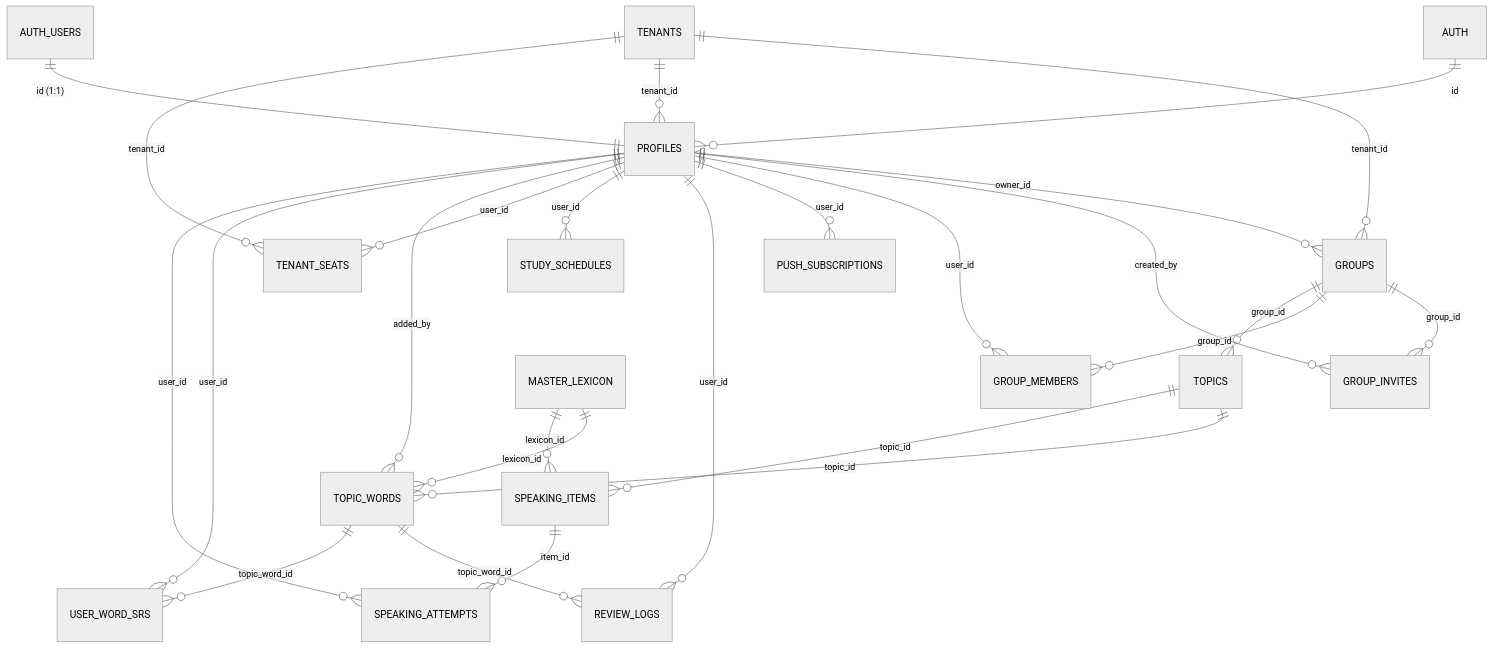
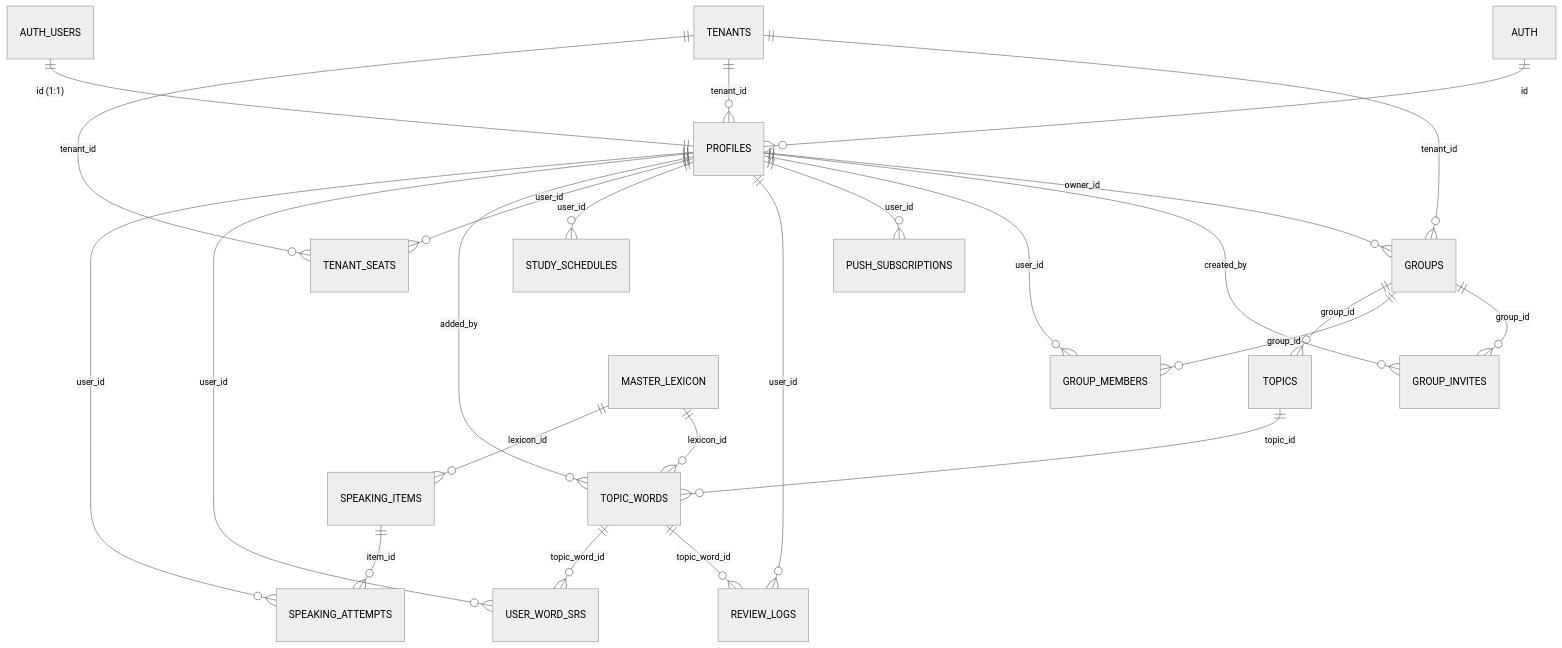
Before and after one commit to dygoacademy/com.dygoacademy.english: the diagram in dygo_academy_database_dictionary.md, drawn with Mermaid (neutral theme). The commit also changed other lines of this file and 12 other files, not shown here.

Commit message:
phase13: speaking items per word, Pond and flashcard endpoints

````diff
--- a/dygo_academy_database_dictionary.md
+++ b/dygo_academy_database_dictionary.md
@@ -54,28 +54,27 @@
 ```mermaid
 erDiagram
     AUTH ||--o{ PROFILES : "id"
     GROUPS ||--o{ GROUP_INVITES : "group_id"
     GROUPS ||--o{ GROUP_MEMBERS : "group_id"
     GROUPS ||--o{ TOPICS : "group_id"
     MASTER_LEXICON ||--o{ TOPIC_WORDS : "lexicon_id"
     PROFILES ||--o{ GROUPS : "owner_id"
     PROFILES ||--o{ GROUP_INVITES : "created_by"
     PROFILES ||--o{ GROUP_MEMBERS : "user_id"
     PROFILES ||--o{ PUSH_SUBSCRIPTIONS : "user_id"
     PROFILES ||--o{ REVIEW_LOGS : "user_id"
     PROFILES ||--o{ STUDY_SCHEDULES : "user_id"
     PROFILES ||--o{ TENANT_SEATS : "user_id"
     PROFILES ||--o{ TOPIC_WORDS : "added_by"
     PROFILES ||--o{ USER_WORD_SRS : "user_id"
     TENANTS ||--o{ GROUPS : "tenant_id"
     TENANTS ||--o{ PROFILES : "tenant_id"
     TENANTS ||--o{ TENANT_SEATS : "tenant_id"
     TOPICS ||--o{ TOPIC_WORDS : "topic_id"
     TOPIC_WORDS ||--o{ REVIEW_LOGS : "topic_word_id"
     TOPIC_WORDS ||--o{ USER_WORD_SRS : "topic_word_id"
     MASTER_LEXICON ||--o{ SPEAKING_ITEMS : "lexicon_id"
-    TOPICS ||--o{ SPEAKING_ITEMS : "topic_id"
     SPEAKING_ITEMS ||--o{ SPEAKING_ATTEMPTS : "item_id"
     PROFILES ||--o{ SPEAKING_ATTEMPTS : "user_id"
     AUTH_USERS ||--|| PROFILES : "id (1:1)"
 ```
````
